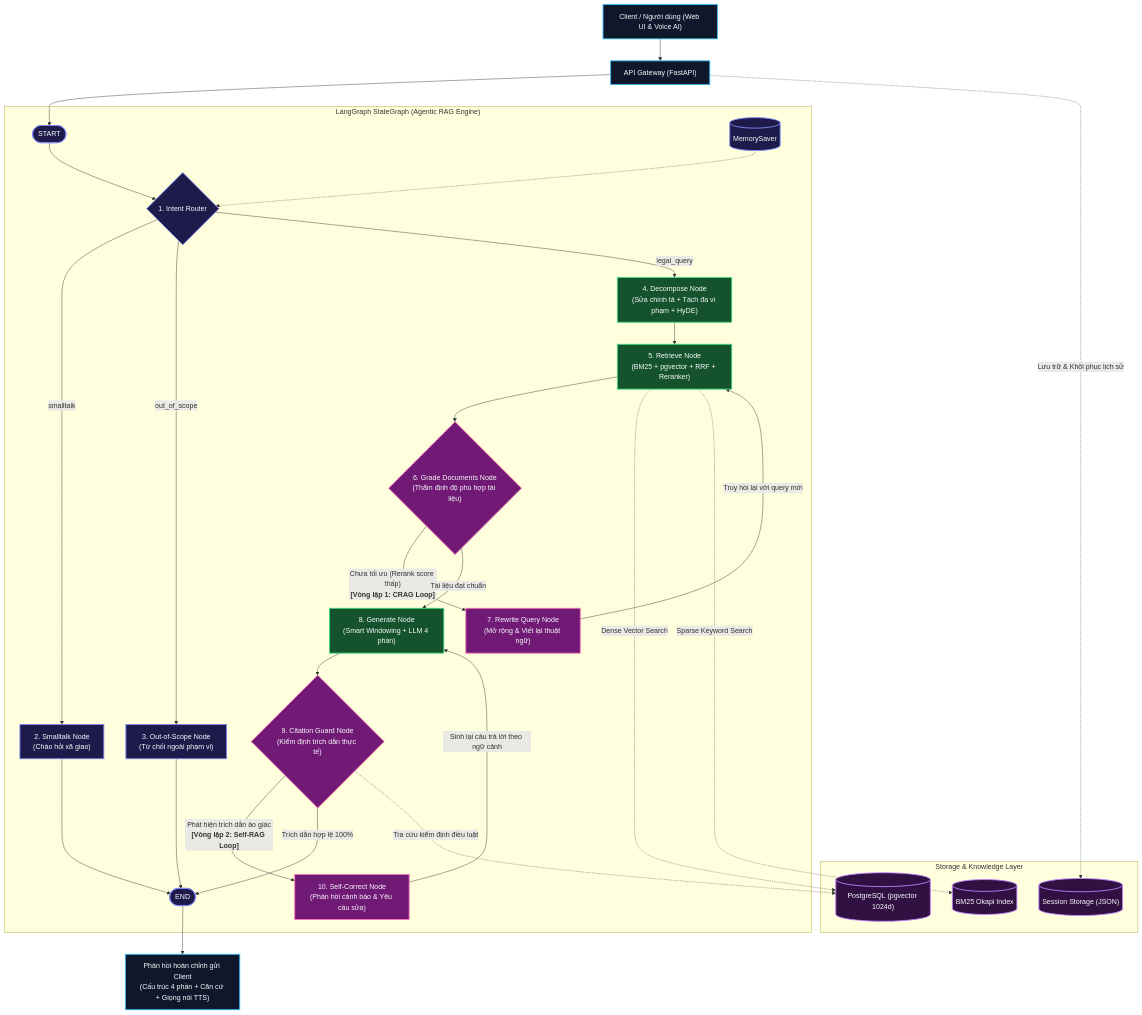
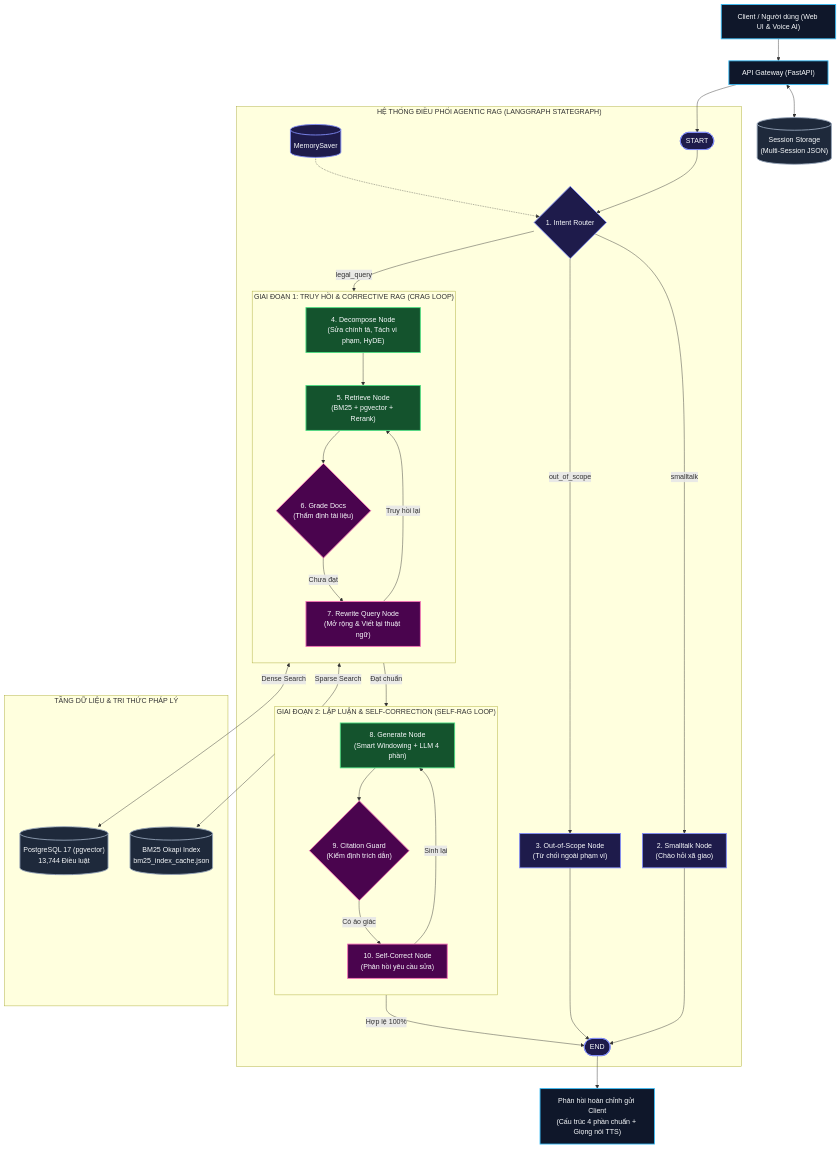
One commit to kaotun/vietnamese-legal-agentic-rag changed the diagram in README.md. Above: the diagram before and after it, drawn with Mermaid.

Commit message:
docs: resolve text overlap and line crossings in Agentic RAG Mermaid diagram

````diff
--- a/README.md
+++ b/README.md
@@ -35,57 +35,65 @@
 ```mermaid
 flowchart TD
+    %% TẦNG GIAO DIỆN & API GATEWAY
     Client["Client / Người dùng (Web UI & Voice AI)"] --> Gateway["API Gateway (FastAPI)"]
+    Gateway <--> Sessions[("Session Storage<br/>(Multi-Session JSON)")]
     Gateway --> START([START])
 
-    subgraph LangGraph ["LangGraph StateGraph (Agentic RAG Engine)"]
+    %% TẦNG ĐIỀU PHỐI LANGGRAPH
+    subgraph LangGraph ["HỆ THỐNG ĐIỀU PHỐI AGENTIC RAG (LANGGRAPH STATEGRAPH)"]
         START --> Router{"1. Intent Router"}
         Checkpointer[("MemorySaver")] -.-> Router
 
         Router -->|smalltalk| Smalltalk["2. Smalltalk Node<br/>(Chào hỏi xã giao)"]
         Router -->|out_of_scope| OutScope["3. Out-of-Scope Node<br/>(Từ chối ngoài phạm vi)"]
-        Router -->|legal_query| Decompose["4. Decompose Node<br/>(Sửa chính tả + Tách đa vi phạm + HyDE)"]
+        Router -->|legal_query| Decompose["4. Decompose Node<br/>(Sửa chính tả, Tách vi phạm, HyDE)"]
 
-        Decompose --> Retrieve["5. Retrieve Node<br/>(BM25 + pgvector + RRF + Reranker)"]
-        Retrieve --> GradeDocs{"6. Grade Documents Node<br/>(Thẩm định độ phù hợp tài liệu)"}
+        %% VÒNG LẶP 1: CRAG LOOP
+        subgraph Stage_Retrieval ["GIAI ĐOẠN 1: TRUY HỒI & CORRECTIVE RAG (CRAG LOOP)"]
+            direction TB
+            Decompose --> Retrieve["5. Retrieve Node<br/>(BM25 + pgvector + Rerank)"]
+            Retrieve --> GradeDocs{"6. Grade Docs<br/>(Thẩm định tài liệu)"}
+            
+            GradeDocs -->|Chưa đạt| RewriteQuery["7. Rewrite Query Node<br/>(Mở rộng & Viết lại thuật ngữ)"]
+            RewriteQuery -->|Truy hồi lại| Retrieve
+        end
 
-        %% VÒNG LẶP 1: Corrective RAG (CRAG Loop)
-        GradeDocs -->|"Chưa tối ưu (Rerank score thấp)<br/><b>[Vòng lặp 1: CRAG Loop]</b>"| RewriteQuery["7. Rewrite Query Node<br/>(Mở rộng & Viết lại thuật ngữ)"]
-        RewriteQuery -->|"Truy hồi lại với query mới"| Retrieve
+        %% VÒNG LẶP 2: SELF-RAG LOOP
+        subgraph Stage_Generation ["GIAI ĐOẠN 2: LẬP LUẬN & SELF-CORRECTION (SELF-RAG LOOP)"]
+            direction TB
+            GradeDocs -->|Đạt chuẩn| Generate["8. Generate Node<br/>(Smart Windowing + LLM 4 phần)"]
+            Generate --> CitationGuard{"9. Citation Guard<br/>(Kiểm định trích dẫn)"}
+            
+            CitationGuard -->|Có ảo giác| SelfCorrect["10. Self-Correct Node<br/>(Phản hồi yêu cầu sửa)"]
+            SelfCorrect -->|Sinh lại| Generate
+        end
 
-        GradeDocs -->|"Tài liệu đạt chuẩn"| Generate["8. Generate Node<br/>(Smart Windowing + LLM 4 phần)"]
-        Generate --> CitationGuard{"9. Citation Guard Node<br/>(Kiểm định trích dẫn thực tế)"}
-
-        %% VÒNG LẶP 2: Self-Correction (Self-RAG Loop)
-        CitationGuard -->|"Phát hiện trích dẫn ảo giác<br/><b>[Vòng lặp 2: Self-RAG Loop]</b>"| SelfCorrect["10. Self-Correct Node<br/>(Phản hồi cảnh báo & Yêu cầu sửa)"]
-        SelfCorrect -->|"Sinh lại câu trả lời theo ngữ cảnh"| Generate
-
-        CitationGuard -->|"Trích dẫn hợp lệ 100%"| END([END])
+        CitationGuard -->|Hợp lệ 100%| END([END])
         Smalltalk --> END
         OutScope --> END
     end
 
-    subgraph Storage ["Storage & Knowledge Layer"]
-        DB[("PostgreSQL (pgvector 1024d)")]
-        BM25Cache[("BM25 Okapi Index")]
-        Sessions[("Session Storage (JSON)")]
+    %% TẦNG DỮ LIỆU PHÁP LÝ (KẾT NỐI TRỰC TIẾP VỚI RETRIEVE NODE)
+    subgraph Storage ["TẦNG DỮ LIỆU & TRI THỨC PHÁP LÝ"]
+        DB[("PostgreSQL 17 (pgvector)<br/>13,744 Điều luật")]
+        BM25Cache[("BM25 Okapi Index<br/>bm25_index_cache.json")]
     end
 
-    Retrieve -.->|"Dense Vector Search"| DB
-    Retrieve -.->|"Sparse Keyword Search"| BM25Cache
-    CitationGuard -.->|"Tra cứu kiểm định điều luật"| DB
-    Gateway -.->|"Lưu trữ & Khôi phục lịch sử"| Sessions
+    Retrieve <-->|Dense Search| DB
+    Retrieve <-->|Sparse Search| BM25Cache
 
-    END --> Output["Phản hồi hoàn chỉnh gửi Client<br/>(Cấu trúc 4 phần + Căn cứ + Giọng nói TTS)"]
+    END --> Output["Phản hồi hoàn chỉnh gửi Client<br/>(Cấu trúc 4 phần chuẩn + Giọng nói TTS)"]
 
+    %% STYLING
     classDef clientStyle fill:#0f172a,stroke:#38bdf8,stroke-width:2px,color:#f8fafc;
     classDef graphStyle fill:#1e1b4b,stroke:#818cf8,stroke-width:2px,color:#f8fafc;
     classDef ragStyle fill:#14532d,stroke:#4ade80,stroke-width:2px,color:#f8fafc;
-    classDef loopStyle fill:#701a75,stroke:#f472b6,stroke-width:2px,color:#f8fafc;
-    classDef dbStyle fill:#311042,stroke:#c084fc,stroke-width:2px,color:#f8fafc;
+    classDef loopStyle fill:#4a044e,stroke:#f472b6,stroke-width:2px,color:#f8fafc;
+    classDef dbStyle fill:#1e293b,stroke:#94a3b8,stroke-width:2px,color:#f8fafc;
 
     class Client,Gateway,Output clientStyle;
     class START,Router,Smalltalk,OutScope,Checkpointer,END graphStyle;
     class Decompose,Retrieve,Generate ragStyle;
     class GradeDocs,RewriteQuery,CitationGuard,SelfCorrect loopStyle;
     class DB,BM25Cache,Sessions dbStyle;
 ```
````
